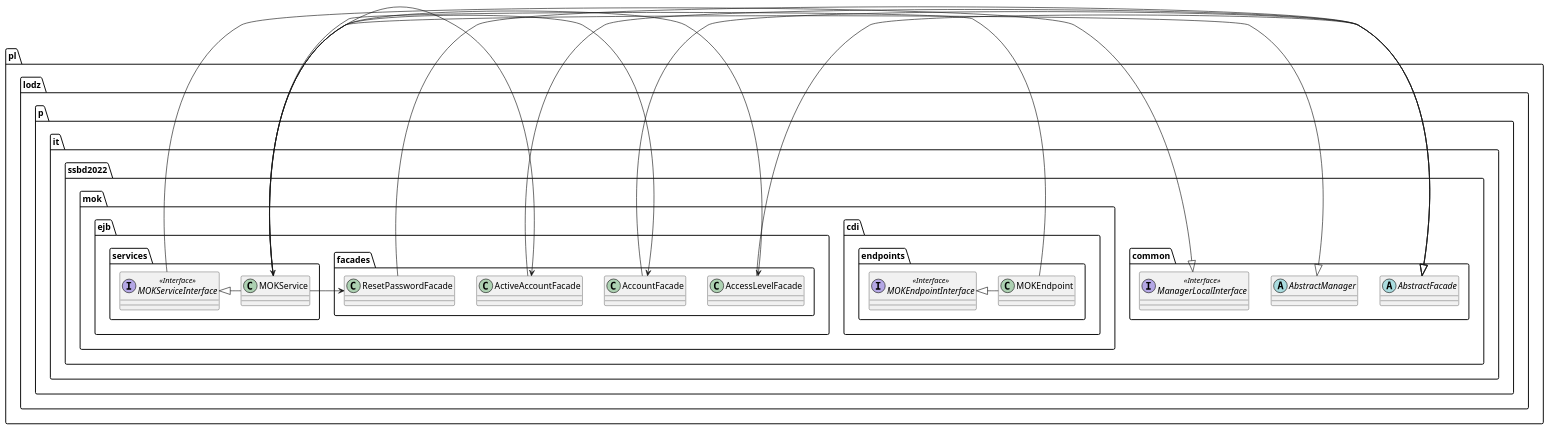
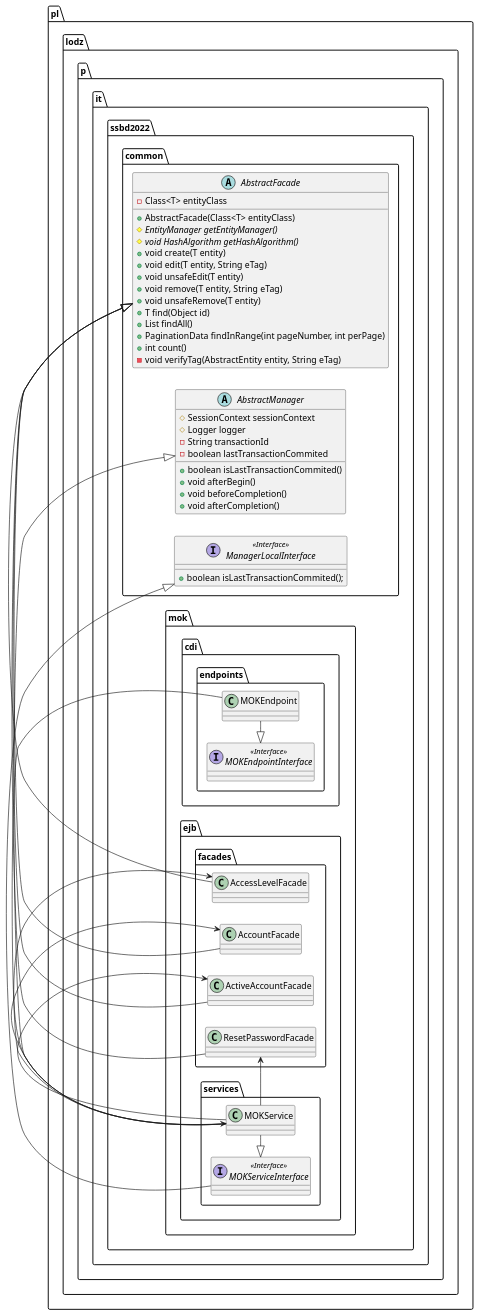
Before and after one commit to TheVivent-Politechnika-Lodzka/ssbd03_kic_uml: the diagram in src/rozdział 9/mok.puml, drawn with PlantUML. The commit also changed 1 other file, not shown here.

```diff
--- a/src/rozdział 9/mok.puml
+++ b/src/rozdział 9/mok.puml
@@ -1,72 +1,99 @@
 @startuml MOK_ejb_cdi_diagram
+left to right direction
 
 package pl.lodz.p.it.ssbd2022.common {
-    abstract class AbstractFacade {}
+    abstract class AbstractFacade {
+        -Class<T> entityClass
+        +AbstractFacade(Class<T> entityClass)
+        #{abstract} EntityManager getEntityManager()
+        #{abstract} void HashAlgorithm getHashAlgorithm()
+        +void create(T entity)
+        +void edit(T entity, String eTag)
+        +void unsafeEdit(T entity)
+        +void remove(T entity, String eTag)
+        +void unsafeRemove(T entity)
+        +T find(Object id)
+        +List findAll()
+        +PaginationData findInRange(int pageNumber, int perPage)
+        +int count()
+        -void verifyTag(AbstractEntity entity, String eTag)
+    }
 
-    abstract class AbstractManager {}
+    abstract class AbstractManager {
+        #SessionContext sessionContext
+        #Logger logger
+        -String transactionId
+        -boolean lastTransactionCommited
+        +boolean isLastTransactionCommited()
+        +void afterBegin()
+        +void beforeCompletion()
+        +void afterCompletion()
+    }
 
-    interface ManagerLocalInterface <<Interface>> {}
+    interface ManagerLocalInterface <<Interface>> {
+        +boolean isLastTransactionCommited();
+    }
 }
 
 
 package pl.lodz.p.it.ssbd2022.mok {
 
     ' ENDPOINTY
     package cdi.endpoints {
         interface MOKEndpointInterface <<Interface>> {
         }
 
         class MOKEndpoint {
                 
         }           
     }
 
     ' FASADY
     package ejb.facades {
 
         class AccessLevelFacade {}
 
         class AccountFacade {}
         
         class ActiveAccountFacade {}
 
         class ResetPasswordFacade {}
 
     }
 
     ' SERWISY
     package ejb.services {
 
         interface MOKServiceInterface <<Interface>> {}
 
         class MOKService {}
 
     }
     
 }
 
 ' extend fasad
 AbstractFacade <|- AccessLevelFacade
 AbstractFacade <|- AccountFacade
 AbstractFacade <|- ActiveAccountFacade
 AbstractFacade <|- ResetPasswordFacade
 
 ' extend/implement serwis
 AbstractManager <|- MOKService
 ManagerLocalInterface <|- MOKServiceInterface
 MOKServiceInterface <|- MOKService
 
 ' implement endpoint
 MOKEndpointInterface <|- MOKEndpoint
 
 ' wykorzystanie serwisu przez endpoint
 MOKEndpoint -> MOKService
 
 ' wykorzystanie fasady przez serwis
 MOKService -> AccessLevelFacade
 MOKService -> AccountFacade
 MOKService -> ActiveAccountFacade
 MOKService -> ResetPasswordFacade
 
 
 @enduml
```
